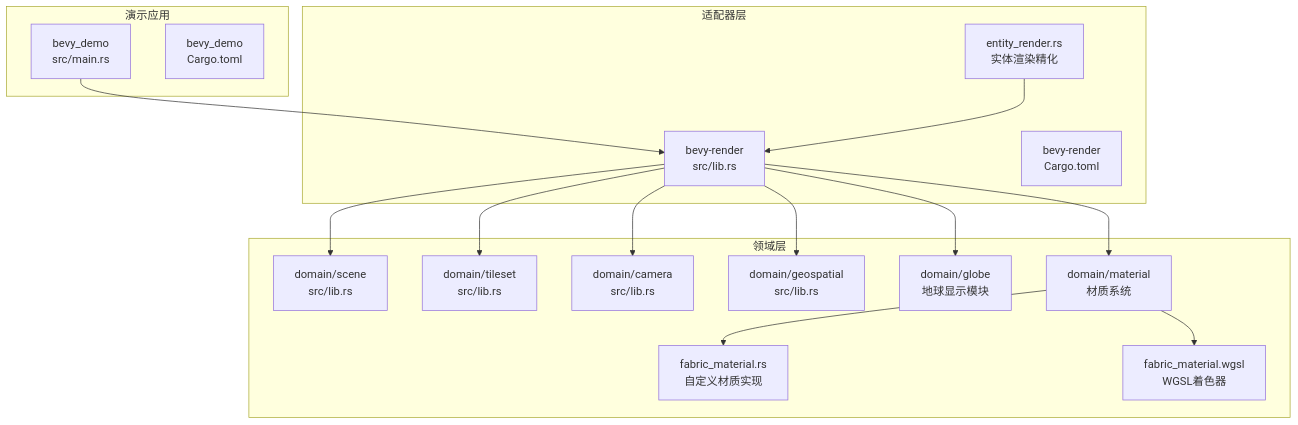
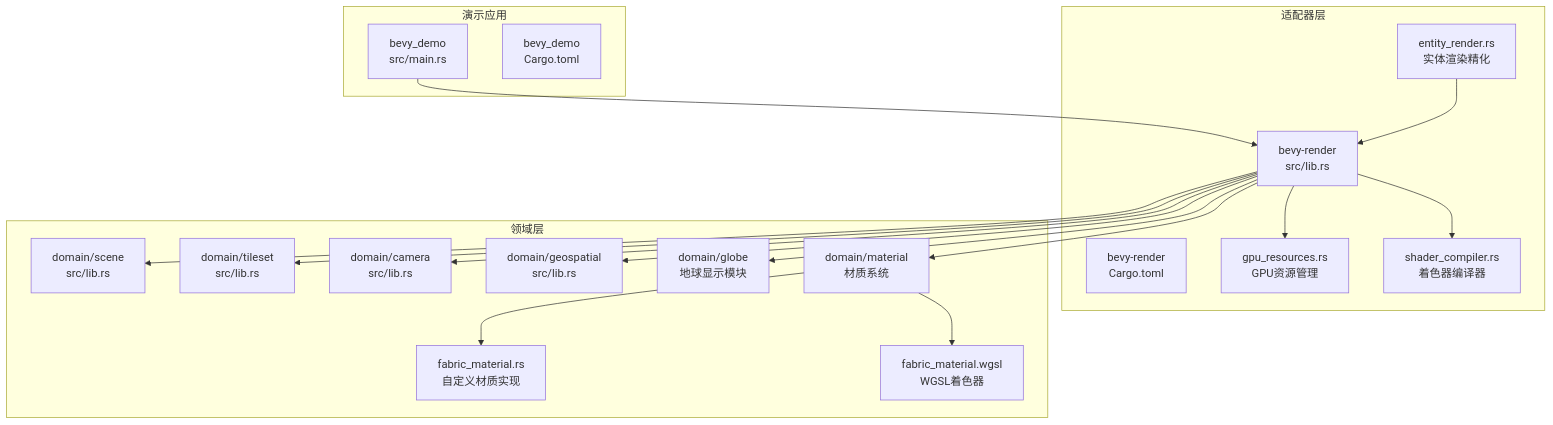
One commit to rzhangjing/cesium changed the first of 7 diagrams in .qoder/repowiki/zh/content/项目概述/核心特性/3D渲染引擎/Bevy渲染适配器.md. Above: the diagram before and after it, drawn with Mermaid. The commit also changed other lines of this file and 27 other files, not shown here.

````diff
--- a/.qoder/repowiki/zh/content/项目概述/核心特性/3D渲染引擎/Bevy渲染适配器.md
+++ b/.qoder/repowiki/zh/content/项目概述/核心特性/3D渲染引擎/Bevy渲染适配器.md
@@ -44,32 +49,36 @@
 ```mermaid
 graph TB
 subgraph "适配器层"
 A["bevy-render<br/>src/lib.rs"]
 B["bevy-render<br/>Cargo.toml"]
 C["entity_render.rs<br/>实体渲染精化"]
+D["gpu_resources.rs<br/>GPU资源管理"]
+E["shader_compiler.rs<br/>着色器编译器"]
 end
 subgraph "演示应用"
-D["bevy_demo<br/>src/main.rs"]
-E["bevy_demo<br/>Cargo.toml"]
+F["bevy_demo<br/>src/main.rs"]
+G["bevy_demo<br/>Cargo.toml"]
 end
 subgraph "领域层"
-F["domain/scene<br/>src/lib.rs"]
-G["domain/tileset<br/>src/lib.rs"]
-H["domain/camera<br/>src/lib.rs"]
-I["domain/geospatial<br/>src/lib.rs"]
-J["domain/globe<br/>地球显示模块"]
-K["domain/material<br/>材质系统"]
-L["fabric_material.rs<br/>自定义材质实现"]
-M["fabric_material.wgsl<br/>WGSL着色器"]
+H["domain/scene<br/>src/lib.rs"]
+I["domain/tileset<br/>src/lib.rs"]
+J["domain/camera<br/>src/lib.rs"]
+K["domain/geospatial<br/>src/lib.rs"]
+L["domain/globe<br/>地球显示模块"]
+M["domain/material<br/>材质系统"]
+N["fabric_material.rs<br/>自定义材质实现"]
+O["fabric_material.wgsl<br/>WGSL着色器"]
 end
-D --> A
-A --> F
-A --> G
+F --> A
 A --> H
 A --> I
 A --> J
 A --> K
-K --> L
-K --> M
+A --> L
+A --> M
+M --> N
+M --> O
+A --> D
+A --> E
 C --> A
 ```
````
